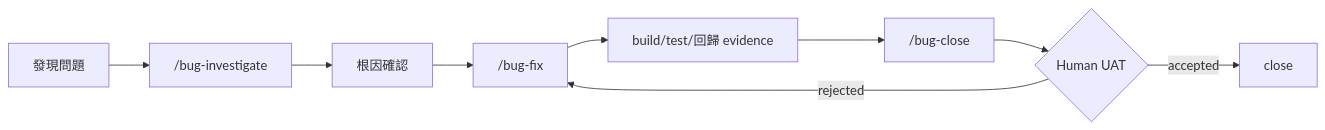
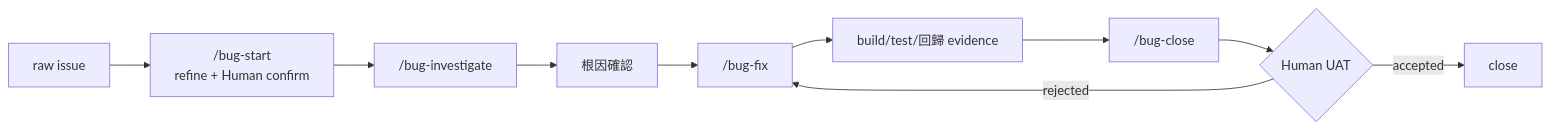
One commit to mark22013333/crew changed the second of 2 diagrams in plugins/bug-workflow/README.md. Above: the diagram before and after it, drawn with Mermaid. The commit also changed other lines of this file and 3 other files, not shown here.

````diff
--- a/plugins/bug-workflow/README.md
+++ b/plugins/bug-workflow/README.md
@@ -54,11 +86,12 @@
 ```mermaid
 flowchart LR
-    A["發現問題"] --> B["/bug-investigate"]
+    A["raw issue"] --> S["/bug-start<br/>refine + Human confirm"]
+    S --> B["/bug-investigate"]
     B --> C["根因確認"]
     C --> D["/bug-fix"]
     D --> E["build/test/回歸 evidence"]
     E --> F["/bug-close"]
     F --> G{"Human UAT"}
     G -- accepted --> H["close"]
     G -- rejected --> D
 ```
````
